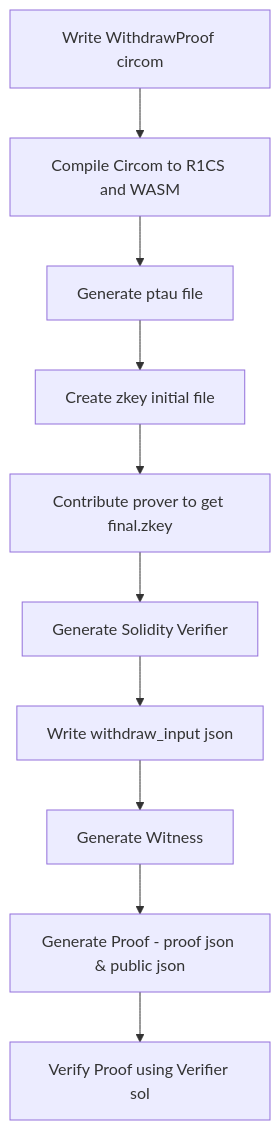
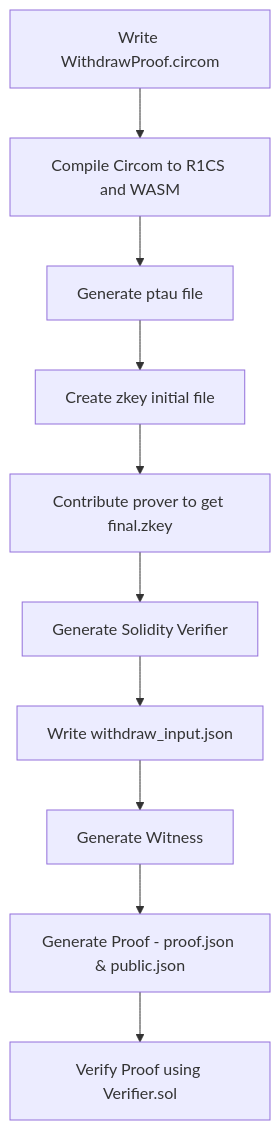
One commit to junseng12/Zero-Knowledge-Proof changed the diagram in 1-Circom-Basics/README.md. Above: the diagram before and after it, drawn with Mermaid.

````diff
--- a/1-Circom-Basics/README.md
+++ b/1-Circom-Basics/README.md
@@ -39,13 +39,13 @@
 ```mermaid
 flowchart TD
-A[Write WithdrawProof circom] --> B[Compile Circom to R1CS and WASM]
+A[Write WithdrawProof.circom] --> B[Compile Circom to R1CS and WASM]
 B --> C[Generate ptau file]
 C --> D[Create zkey initial file]
 D --> E[Contribute prover to get final.zkey]
 E --> F[Generate Solidity Verifier]
-F --> G[Write withdraw_input json]
+F --> G[Write withdraw_input.json]
 G --> H[Generate Witness]
-H --> I[Generate Proof - proof json & public json]
-I --> J[Verify Proof using Verifier sol]
+H --> I[Generate Proof - proof.json & public.json]
+I --> J[Verify Proof using Verifier.sol]
 
 ```
````
